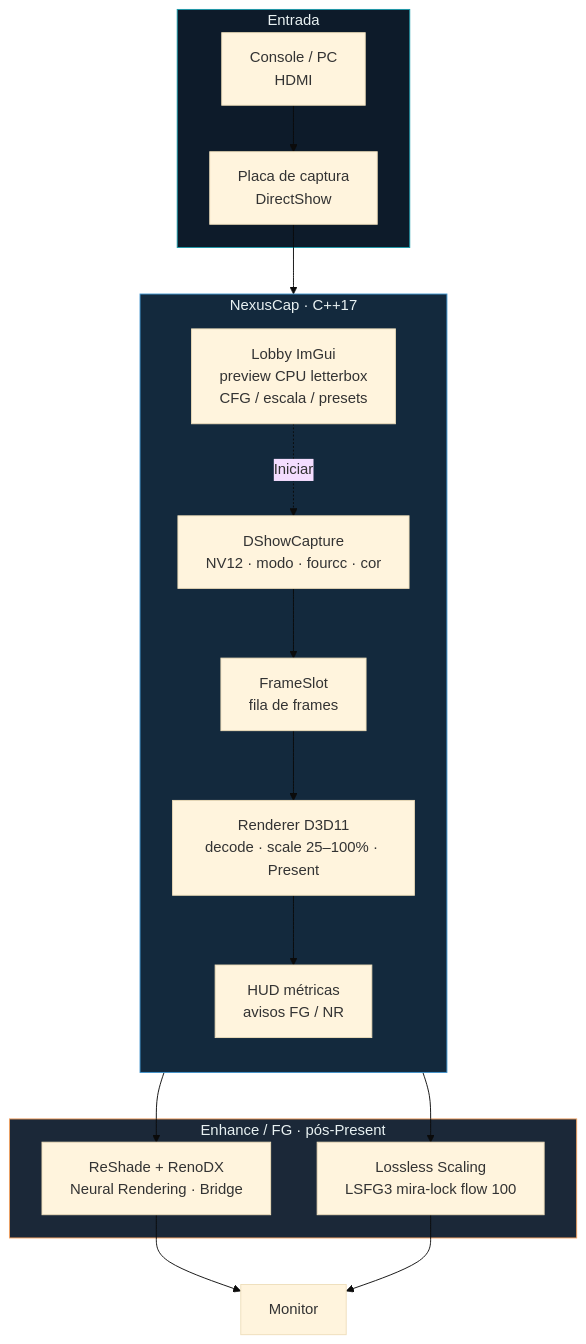
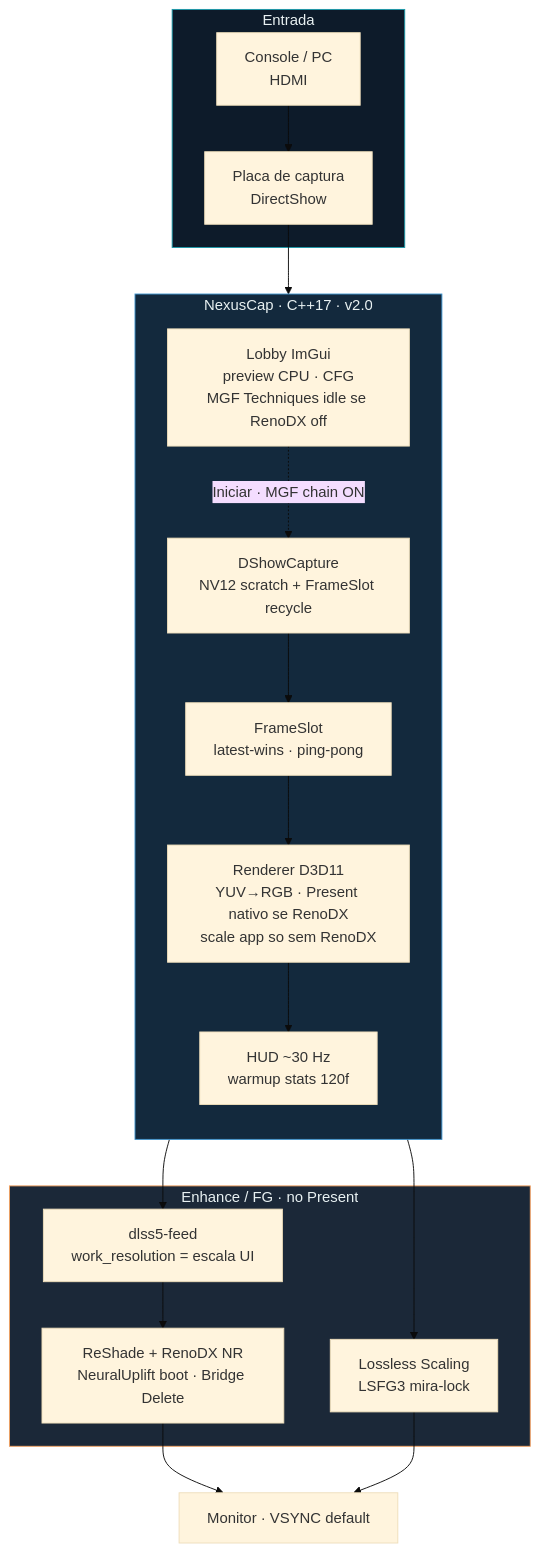
The diagram in README.md (lealvjo/NexusCap), drawn with Mermaid (base theme) before and after one commit. The commit also changed other lines of this file and 2 other files, not shown here.

````diff
--- a/README.md
+++ b/README.md
@@ -92,34 +95,35 @@
 ```mermaid
 flowchart TB
   subgraph IN["Entrada"]
     HDMI["Console / PC<br/>HDMI"]
     CARD["Placa de captura<br/>DirectShow"]
     HDMI --> CARD
   end
 
-  subgraph APP["NexusCap · C++17"]
+  subgraph APP["NexusCap · C++17 · v2.0"]
     direction TB
-    LOBBY["Lobby ImGui<br/>preview CPU letterbox<br/>CFG / escala / presets"]
-    CAP["DShowCapture<br/>NV12 · modo · fourcc · cor"]
-    SLOT["FrameSlot<br/>fila de frames"]
-    REND["Renderer D3D11<br/>decode · scale 25–100% · Present"]
-    HUD["HUD métricas<br/>avisos FG / NR"]
-    LOBBY -.->|Iniciar| CAP
+    LOBBY["Lobby ImGui<br/>preview CPU · CFG<br/>MGF Techniques idle se RenoDX off"]
+    CAP["DShowCapture<br/>NV12 scratch + FrameSlot recycle"]
+    SLOT["FrameSlot<br/>latest-wins · ping-pong"]
+    REND["Renderer D3D11<br/>YUV→RGB · Present nativo se RenoDX<br/>scale app so sem RenoDX"]
+    HUD["HUD ~30 Hz<br/>warmup stats 120f"]
+    LOBBY -.->|Iniciar · MGF chain ON| CAP
     CARD --> CAP --> SLOT --> REND
     REND --> HUD
   end
 
-  subgraph FX["Enhance / FG · pós-Present"]
-    RENO["ReShade + RenoDX<br/>Neural Rendering · Bridge"]
-    FG["Lossless Scaling<br/>LSFG3 mira-lock flow 100"]
+  subgraph FX["Enhance / FG · no Present"]
+    FEED["dlss5-feed<br/>work_resolution = escala UI"]
+    RENO["ReShade + RenoDX NR<br/>NeuralUplift boot · Bridge Delete"]
+    FG["Lossless Scaling<br/>LSFG3 mira-lock"]
   end
 
-  REND --> RENO
+  REND --> FEED --> RENO
   REND --> FG
-  RENO --> OUT["Monitor"]
+  RENO --> OUT["Monitor · VSYNC default"]
   FG --> OUT
 
   style IN fill:#0d1b2a,stroke:#1b9aaa,color:#e8f1f2
   style APP fill:#13293d,stroke:#3e92cc,color:#e8f1f2
   style FX fill:#1b2838,stroke:#f4a261,color:#e8f1f2
 ```
````
